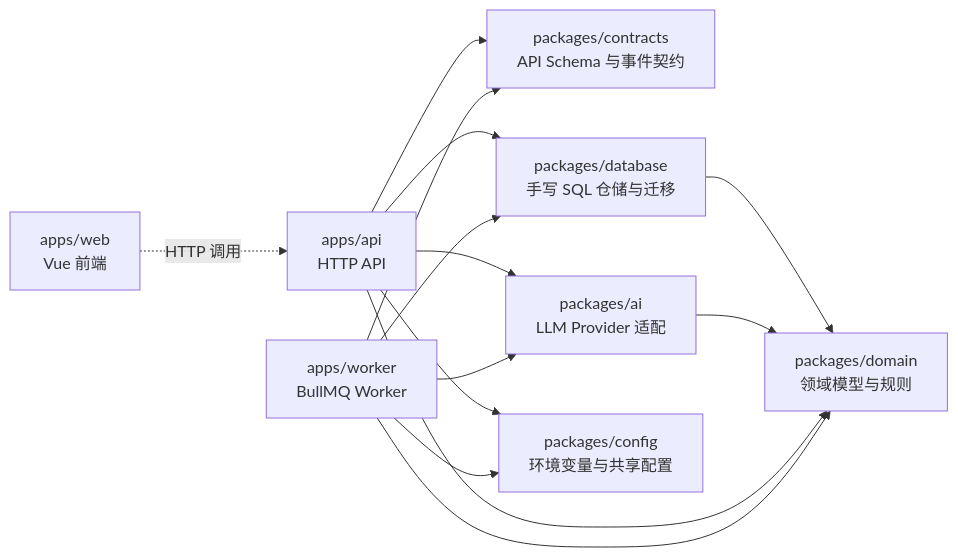
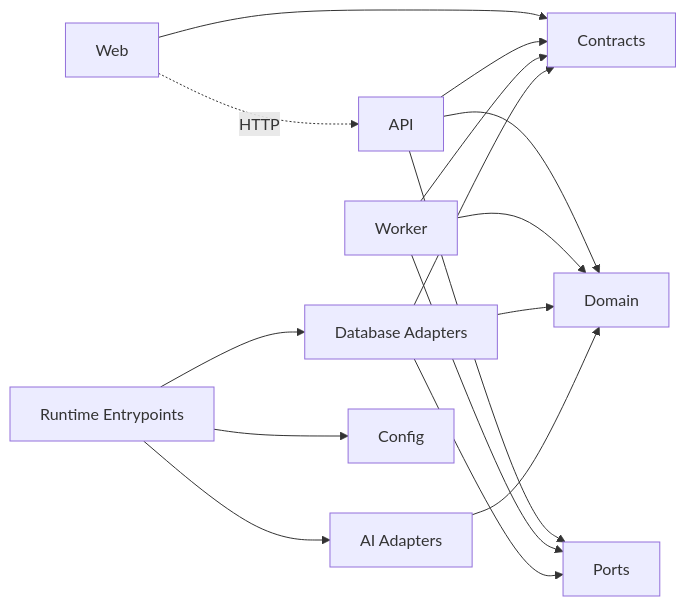
The second of 3 diagrams in docs/architecture.md (lark-x/GameStart), drawn with Mermaid before and after one commit. The commit also changed other lines of this file and 68 other files, not shown here.

Commit message:
docs: establish architecture governance

````diff
--- a/docs/architecture.md
+++ b/docs/architecture.md
@@ -74,27 +64,18 @@
 ```mermaid
-graph LR
-    contracts["packages/contracts\nAPI Schema 与事件契约"]
-    domain["packages/domain\n领域模型与规则"]
-    database["packages/database\n手写 SQL 仓储与迁移"]
-    ai["packages/ai\nLLM Provider 适配"]
-    config["packages/config\n环境变量与共享配置"]
-    api["apps/api\nHTTP API"]
-    worker["apps/worker\nBullMQ Worker"]
-    web["apps/web\nVue 前端"]
-
-    %% 箭头方向: A --> B 表示 A 依赖 B
-    database --> domain
-    ai --> domain
-    api --> contracts
-    api --> domain
-    api --> database
-    api --> ai
-    worker --> contracts
-    worker --> domain
-    worker --> database
-    worker --> ai
-    api --> config
-    worker --> config
-
-    web -.->|"HTTP 调用"| api
+flowchart LR
+    Web["Web"] --> Contracts["Contracts"]
+    Web -.->|"HTTP"| API["API"]
+    API --> Contracts
+    API --> Domain["Domain"]
+    API --> Ports["Ports"]
+    Worker["Worker"] --> Contracts
+    Worker --> Domain
+    Worker --> Ports
+    Database["Database Adapters"] --> Contracts
+    Database --> Domain
+    Database --> Ports
+    AI["AI Adapters"] --> Domain
+    Runtime["Runtime Entrypoints"] --> Database
+    Runtime --> AI
+    Runtime --> Config["Config"]
 ```
````
